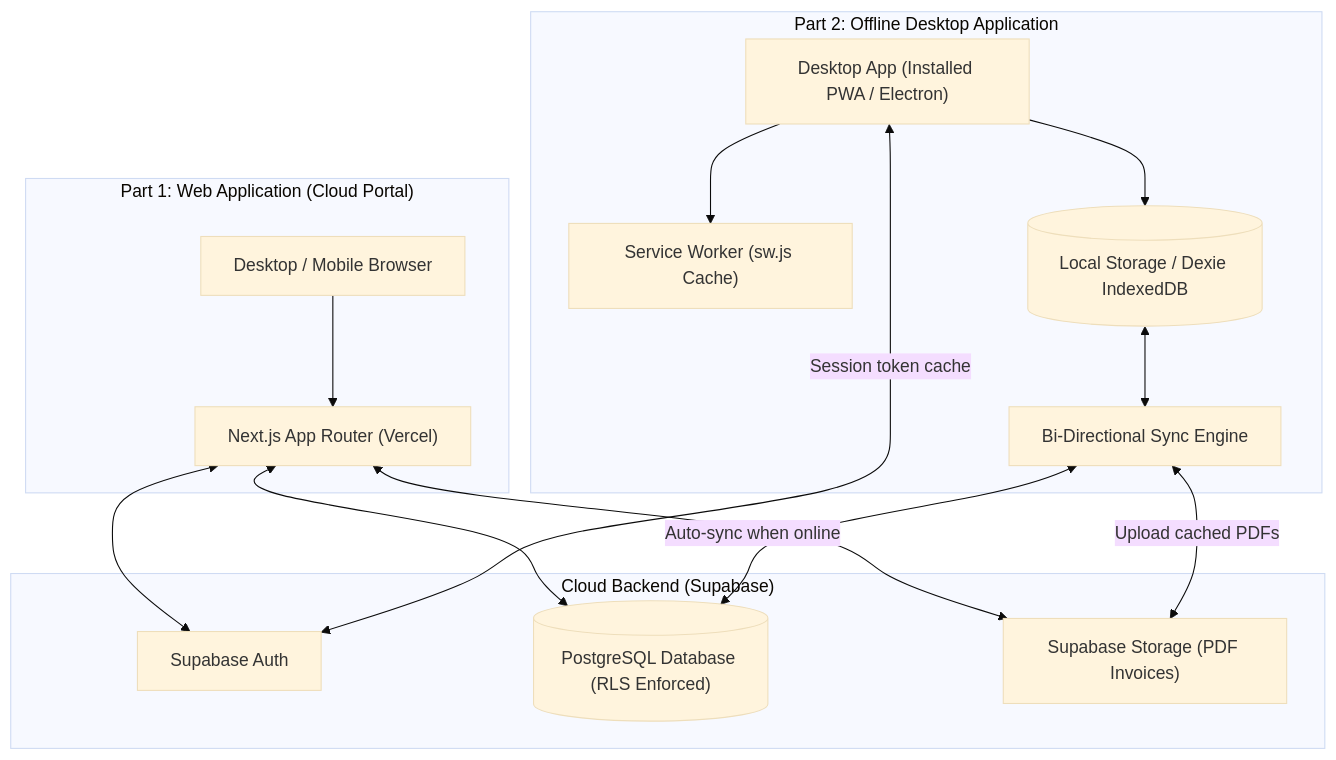
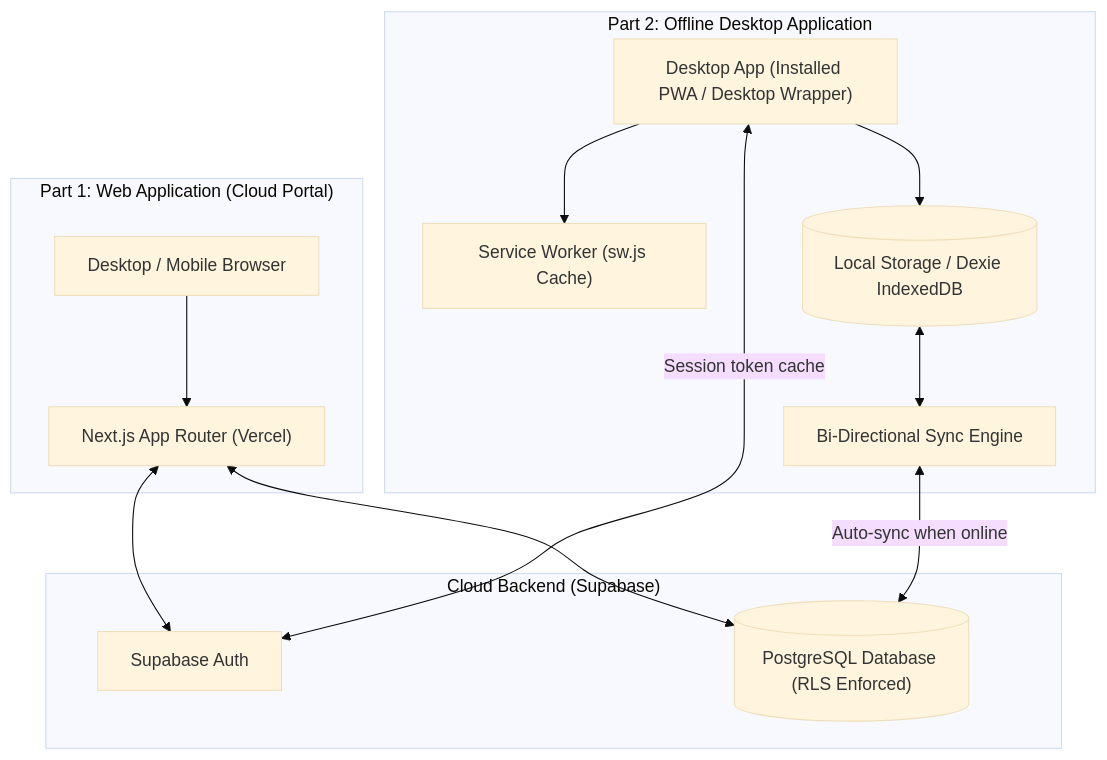
The first of 2 diagrams in docs/ARCHITECTURE.md (mukundrakholiya28/Business-Management-System), drawn with Mermaid (base theme) before and after one commit. The commit also changed other lines of this file and 51 other files, not shown here.

````diff
--- a/docs/ARCHITECTURE.md
+++ b/docs/ARCHITECTURE.md
@@ -13,33 +13,30 @@
 ```mermaid
 flowchart TD
     subgraph Part1["Part 1: Web Application (Cloud Portal)"]
         Browser["Desktop / Mobile Browser"]
         NextWeb["Next.js App Router (Vercel)"]
         Browser --> NextWeb
     end
 
     subgraph Part2["Part 2: Offline Desktop Application"]
-        Desktop["Desktop App (Installed PWA / Electron)"]
+        Desktop["Desktop App (Installed PWA / Desktop Wrapper)"]
         SW["Service Worker (sw.js Cache)"]
         LocalDB[("Local Storage / Dexie IndexedDB")]
         SyncEngine["Bi-Directional Sync Engine"]
         
         Desktop --> SW
         Desktop --> LocalDB
         LocalDB <--> SyncEngine
     end
 
     subgraph Backend["Cloud Backend (Supabase)"]
         Auth["Supabase Auth"]
         Postgres[("PostgreSQL Database (RLS Enforced)")]
-        Storage["Supabase Storage (PDF Invoices)"]
     end
 
     NextWeb <--> Auth
     NextWeb <--> Postgres
-    NextWeb <--> Storage
 
     SyncEngine <-->|Auto-sync when online| Postgres
-    SyncEngine <-->|Upload cached PDFs| Storage
     Desktop <-->|Session token cache| Auth
 ```
````
